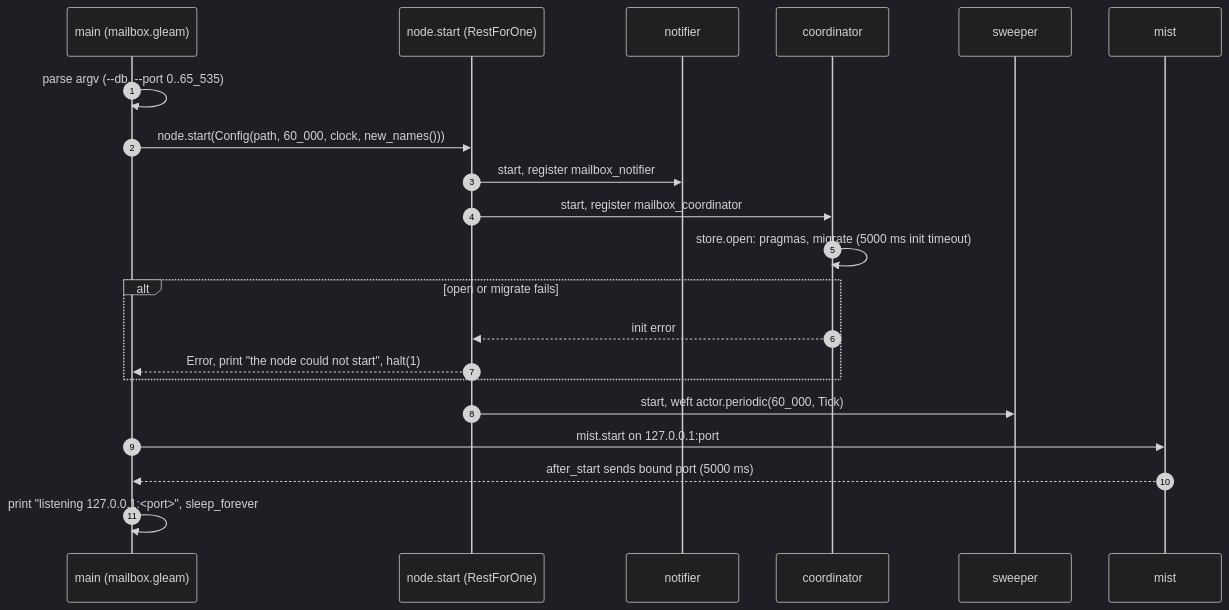
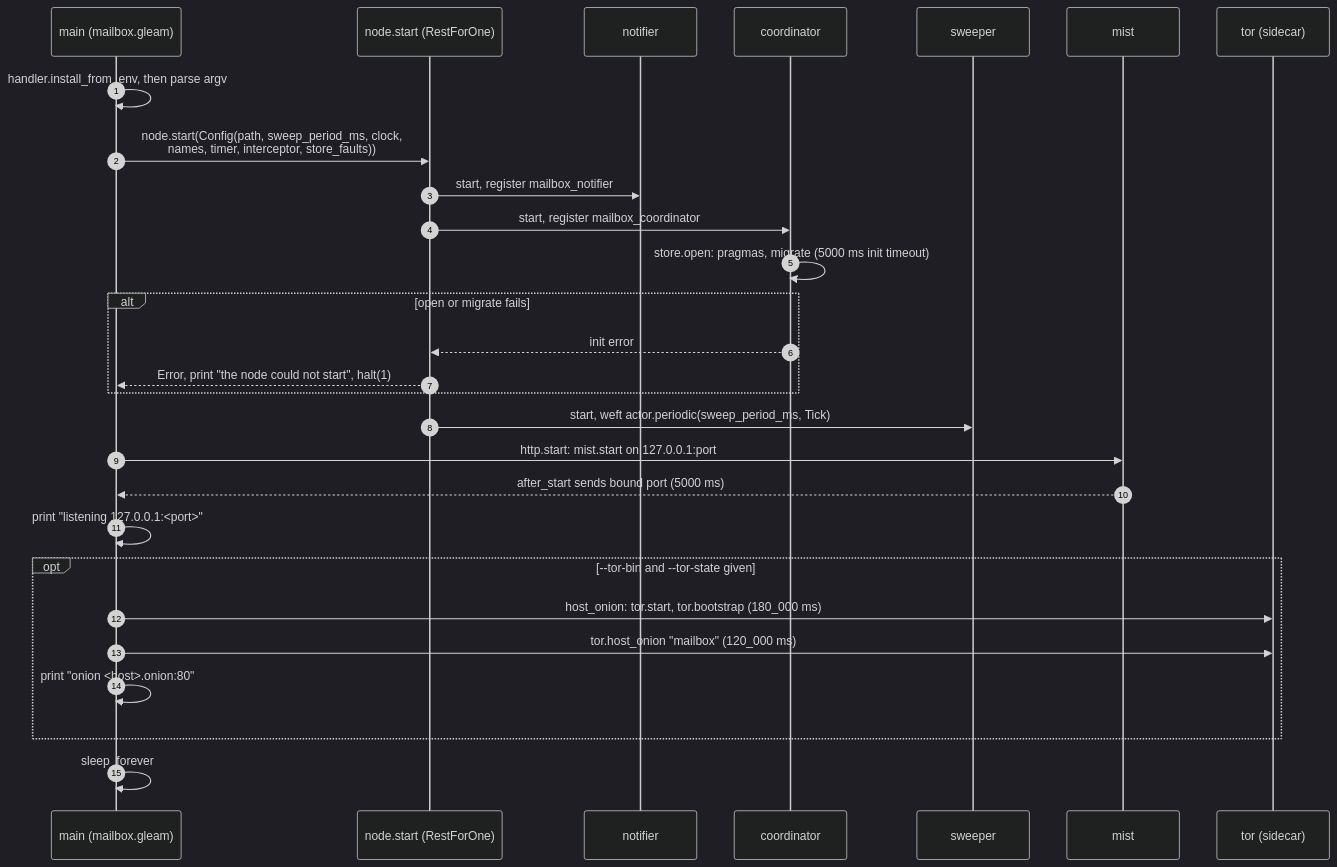
The second of 6 diagrams in docs/architecture/mailbox.md (Roasbeef/pondline), drawn with Mermaid (dark theme) before and after one commit. The commit also changed other lines of this file and 9 other files, not shown here.

First line of the commit message:
docs: add package and system architecture documents

````diff
--- a/docs/architecture/mailbox.md
+++ b/docs/architecture/mailbox.md
@@ -78,24 +87,31 @@
 ```mermaid
 sequenceDiagram
     autonumber
     participant Main as main (mailbox.gleam)
     participant Sup as node.start (RestForOne)
     participant N as notifier
     participant C as coordinator
     participant S as sweeper
     participant M as mist
+    participant T as tor (sidecar)
 
-    Main->>Main: parse argv (--db, --port 0..65_535)
-    Main->>Sup: node.start(Config(path, 60_000, clock, new_names()))
+    Main->>Main: handler.install_from_env, then parse argv
+    Main->>Sup: node.start(Config(path, sweep_period_ms, clock,<br/>names, timer, interceptor, store_faults))
     Sup->>N: start, register mailbox_notifier
     Sup->>C: start, register mailbox_coordinator
     C->>C: store.open: pragmas, migrate (5000 ms init timeout)
     alt open or migrate fails
         C-->>Sup: init error
         Sup-->>Main: Error, print "the node could not start", halt(1)
     end
-    Sup->>S: start, weft actor.periodic(60_000, Tick)
-    Main->>M: mist.start on 127.0.0.1:port
+    Sup->>S: start, weft actor.periodic(sweep_period_ms, Tick)
+    Main->>M: http.start: mist.start on 127.0.0.1:port
     M-->>Main: after_start sends bound port (5000 ms)
-    Main->>Main: print "listening 127.0.0.1:<port>", sleep_forever
+    Main->>Main: print "listening 127.0.0.1:<port>"
+    opt --tor-bin and --tor-state given
+        Main->>T: host_onion: tor.start, tor.bootstrap (180_000 ms)
+        Main->>T: tor.host_onion "mailbox" (120_000 ms)
+        Main->>Main: print "onion <host>.onion:80"
+    end
+    Main->>Main: sleep_forever
 ```
````
